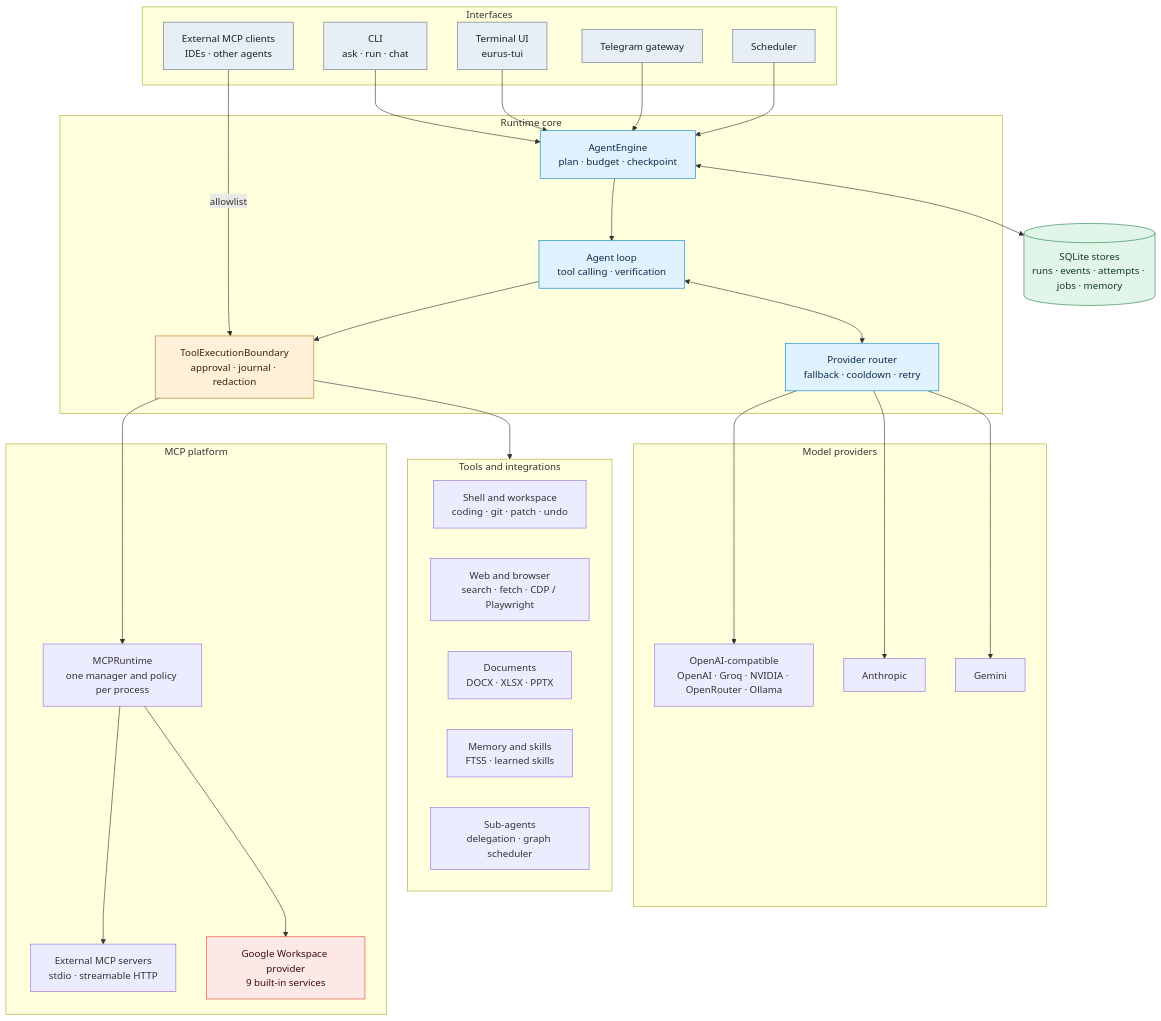
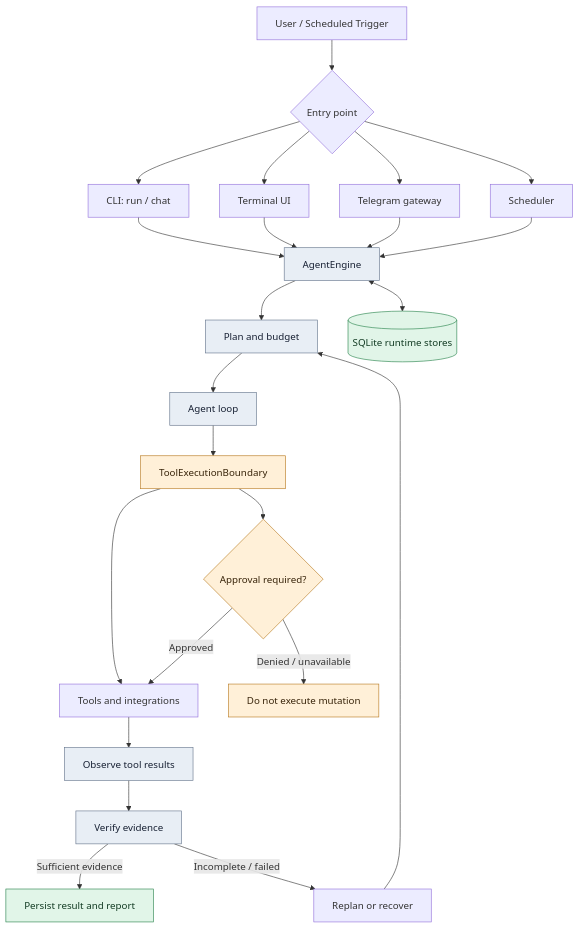
Before and after one commit to kyyinfinite/EURUS: the first of 2 diagrams in README.md, drawn with Mermaid. The commit also changed other lines of this file and 147 other files, not shown here.

Commit message:
core : add web gateway

````diff
--- a/README.md
+++ b/README.md
@@ -68,68 +61,34 @@
 ```mermaid
-flowchart TB
-    subgraph IF["Interfaces"]
-        CLI["CLI<br/>ask · run · chat"]
-        TUI["Terminal UI<br/>eurus-tui"]
-        TG["Telegram gateway"]
-        SCH["Scheduler"]
-        EXT["External MCP clients<br/>IDEs · other agents"]
-    end
-
-    subgraph CORE["Runtime core"]
-        ENGINE["AgentEngine<br/>plan · budget · checkpoint"]
-        LOOP["Agent loop<br/>tool calling · verification"]
-        ROUTER["Provider router<br/>fallback · cooldown · retry"]
-        BOUNDARY["ToolExecutionBoundary<br/>approval · journal · redaction"]
-    end
-
-    subgraph LLM["Model providers"]
-        P1["OpenAI-compatible<br/>OpenAI · Groq · NVIDIA · OpenRouter · Ollama"]
-        P2["Anthropic"]
-        P3["Gemini"]
-    end
-
-    subgraph TOOLS["Tools and integrations"]
-        T1["Shell and workspace<br/>coding · git · patch · undo"]
-        T2["Web and browser<br/>search · fetch · CDP / Playwright"]
-        T3["Documents<br/>DOCX · XLSX · PPTX"]
-        T4["Memory and skills<br/>FTS5 · learned skills"]
-        T5["Sub-agents<br/>delegation · graph scheduler"]
-    end
-
-    subgraph MCP["MCP platform"]
-        RT["MCPRuntime<br/>one manager and policy per process"]
-        ES["External MCP servers<br/>stdio · streamable HTTP"]
-        GW["Google Workspace provider<br/>9 built-in services"]
-    end
-
-    STORE[("SQLite stores<br/>runs · events · attempts · jobs · memory")]
-
-    CLI --> ENGINE
+flowchart TD
+    USER["User / Scheduled Trigger"] --> ENTRY{"Entry point"}
+    ENTRY --> CLI["CLI: run / chat"]
+    ENTRY --> TUI["Terminal UI"]
+    ENTRY --> TG["Telegram gateway"]
+    ENTRY --> SCHED["Scheduler"]
+    CLI --> ENGINE["AgentEngine"]
     TUI --> ENGINE
     TG --> ENGINE
-    SCH --> ENGINE
-    EXT -->|"allowlist"| BOUNDARY
+    SCHED --> ENGINE
 
-    ENGINE --> LOOP
-    LOOP <--> ROUTER
-    ROUTER --> P1
-    ROUTER --> P2
-    ROUTER --> P3
-    LOOP --> BOUNDARY
-    BOUNDARY --> TOOLS
-    BOUNDARY --> RT
-    RT --> ES
-    RT --> GW
-    ENGINE <--> STORE
+    ENGINE --> PLAN["Plan and budget"]
+    PLAN --> LOOP["Agent loop"]
+    LOOP --> BOUNDARY["ToolExecutionBoundary"]
+    BOUNDARY --> TOOLS["Tools and integrations"]
+    TOOLS --> OBSERVE["Observe tool results"]
+    OBSERVE --> VERIFY["Verify evidence"]
+    VERIFY -->|Sufficient evidence| REPORT["Persist result and report"]
+    VERIFY -->|Incomplete / failed| RECOVER["Replan or recover"]
+    RECOVER --> PLAN
 
-    classDef iface fill:#e8eef5,stroke:#64748b,color:#172033
-    classDef core fill:#e0f2fe,stroke:#0284c7,color:#0c2d48
+    ENGINE <--> STORE[("SQLite runtime stores")]
+    BOUNDARY --> APPROVAL{"Approval required?"}
+    APPROVAL -->|Approved| TOOLS
+    APPROVAL -->|Denied / unavailable| DENY["Do not execute mutation"]
+
+    classDef main fill:#e8eef5,stroke:#64748b,color:#172033
     classDef secure fill:#fff0d8,stroke:#b7791f,color:#38240a
-    classDef store fill:#e1f5e8,stroke:#27824b,color:#123b23
-    classDef google fill:#fce8e6,stroke:#ea4335,color:#3b0d0a
-    class CLI,TUI,TG,SCH,EXT iface
-    class ENGINE,LOOP,ROUTER core
-    class BOUNDARY secure
-    class STORE store
-    class GW google
+    classDef success fill:#e1f5e8,stroke:#27824b,color:#123b23
+    class ENGINE,PLAN,LOOP,OBSERVE,VERIFY main
+    class BOUNDARY,APPROVAL,DENY secure
+    class REPORT,STORE success
 ```
````
